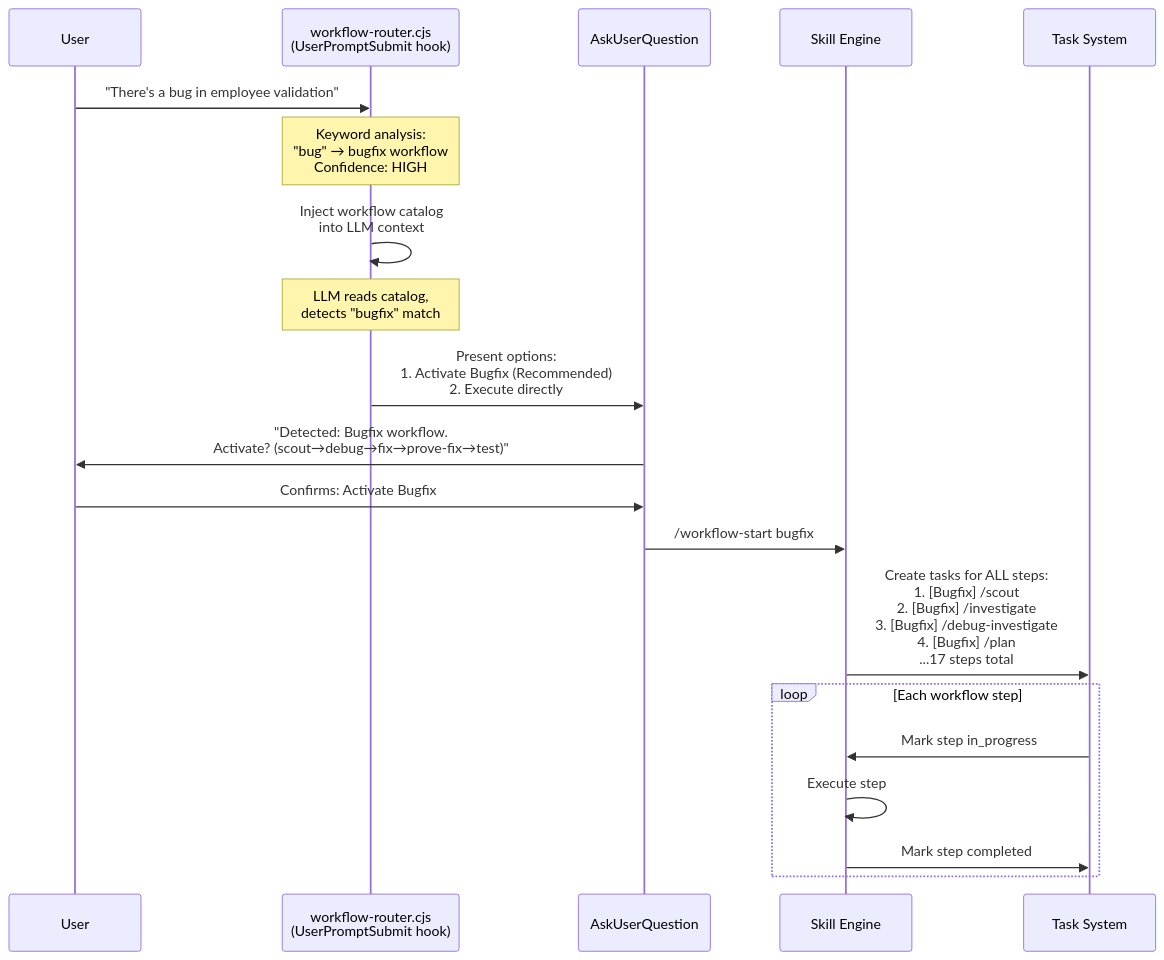
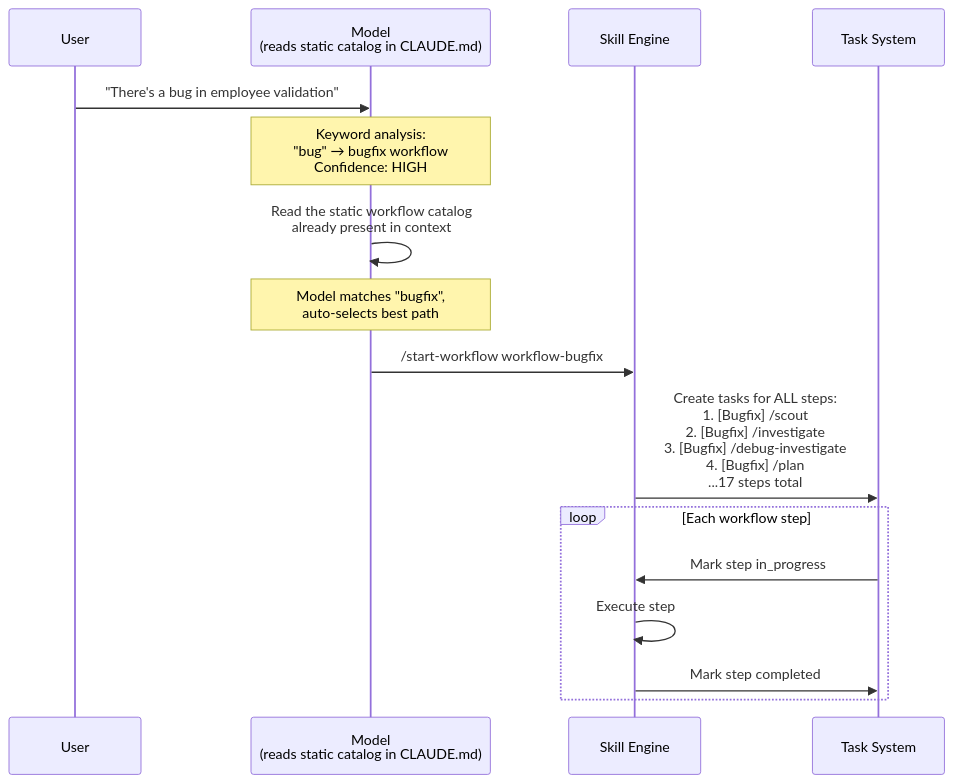
One commit to duc01226/EasyPlatform changed the seventh of 20 diagrams in .claude/docs/claude-ai-agent-framework-guide.md. Above: the diagram before and after it, drawn with Mermaid. The commit also changed other lines of this file and 1280 other files, not shown here.

````diff
--- a/.claude/docs/claude-ai-agent-framework-guide.md
+++ b/.claude/docs/claude-ai-agent-framework-guide.md
@@ -858,32 +825,25 @@
 ```mermaid
 sequenceDiagram
     participant User
-    participant Router as workflow-router.cjs<br/>(UserPromptSubmit hook)
-    participant Ask as AskUserQuestion
+    participant Model as Model<br/>(reads static catalog in CLAUDE.md)
     participant Skill as Skill Engine
     participant Todo as Task System
 
-    User->>Router: "There's a bug in employee validation"
+    User->>Model: "There's a bug in employee validation"
 
-    Note over Router: Keyword analysis:<br/>"bug" → bugfix workflow<br/>Confidence: HIGH
+    Note over Model: Keyword analysis:<br/>"bug" → bugfix workflow<br/>Confidence: HIGH
 
-    Router->>Router: Inject workflow catalog<br/>into LLM context
+    Model->>Model: Read the static workflow catalog<br/>already present in context
 
-    Note over Router: LLM reads catalog,<br/>detects "bugfix" match
+    Note over Model: Model matches "bugfix",<br/>auto-selects best path
 
-    Router->>Ask: Present options:<br/>1. Activate Bugfix (Recommended)<br/>2. Execute directly
-
-    Ask->>User: "Detected: Bugfix workflow.<br/>Activate? (scout→debug→fix→prove-fix→test)"
-
-    User->>Ask: Confirms: Activate Bugfix
-
-    Ask->>Skill: /workflow-start bugfix
+    Model->>Skill: /start-workflow workflow-bugfix
 
     Skill->>Todo: Create tasks for ALL steps:<br/>1. [Bugfix] /scout<br/>2. [Bugfix] /investigate<br/>3. [Bugfix] /debug-investigate<br/>4. [Bugfix] /plan<br/>...17 steps total
 
     loop Each workflow step
         Todo->>Skill: Mark step in_progress
         Skill->>Skill: Execute step
         Skill->>Todo: Mark step completed
     end
 ```
````
